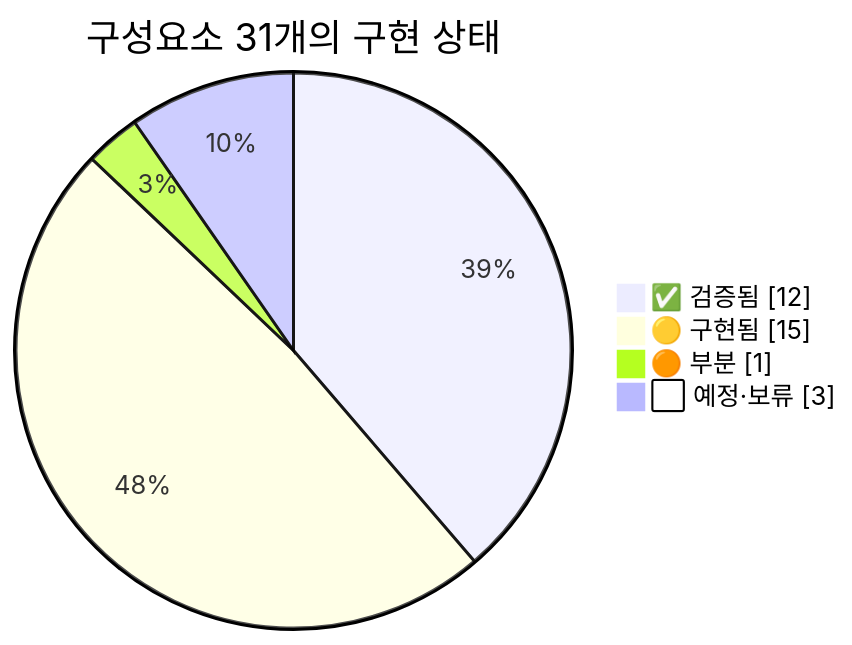
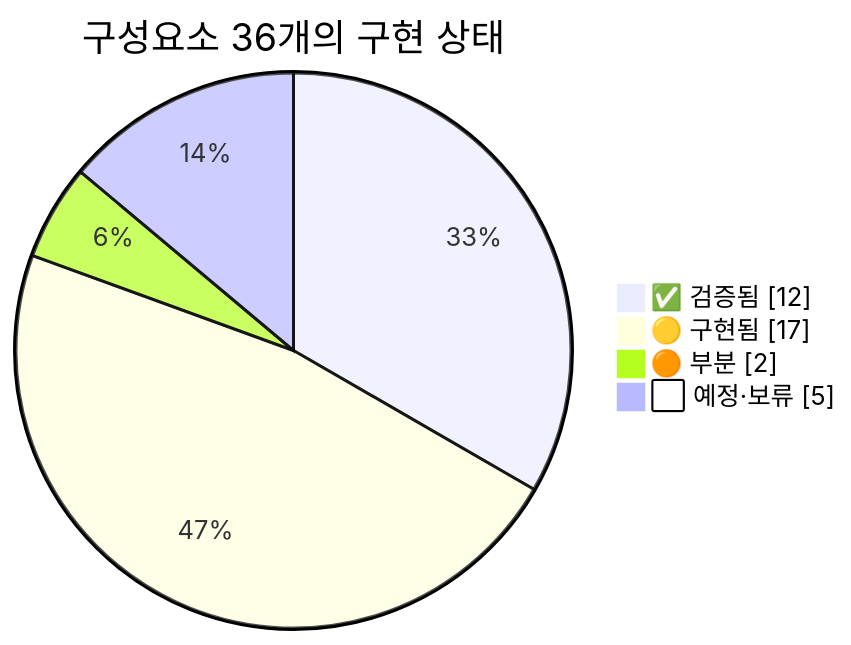
The fifth of 6 diagrams in docs/SPEC.md (Youngmin17/TriCast), drawn with Mermaid before and after one commit. The commit also changed other lines of this file and 7 other files, not shown here.

````diff
--- a/docs/SPEC.md
+++ b/docs/SPEC.md
@@ -440,8 +516,8 @@
 ```mermaid
 pie showData
-    title 구성요소 31개의 구현 상태
+    title 구성요소 36개의 구현 상태
     "✅ 검증됨" : 12
-    "🟡 구현됨" : 15
-    "🟠 부분" : 1
-    "⬜ 예정·보류" : 3
+    "🟡 구현됨" : 17
+    "🟠 부분" : 2
+    "⬜ 예정·보류" : 5
 ```
````
